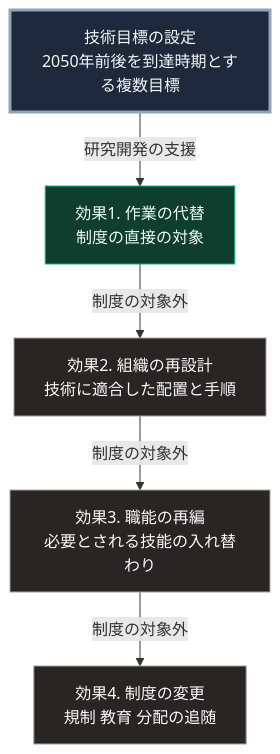
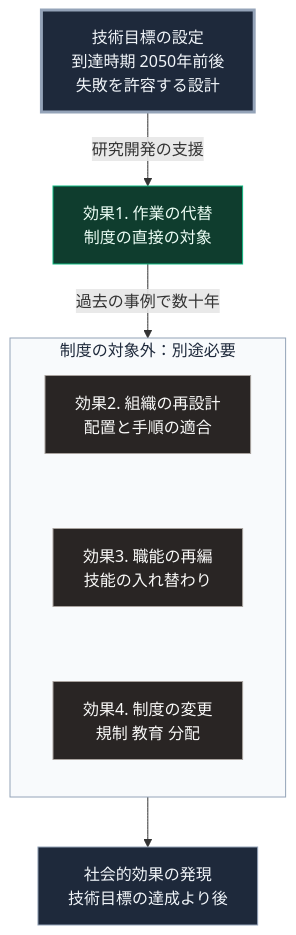
The diagram in books/sovereign-resilience-blueprint/34_moonshot-avatar-limits.md (Takenori-Kusaka/zenn-content), drawn with Mermaid before and after one commit. The commit also changed other lines of this file and 114 other files, not shown here.

````diff
--- a/books/sovereign-resilience-blueprint/34_moonshot-avatar-limits.md
+++ b/books/sovereign-resilience-blueprint/34_moonshot-avatar-limits.md
@@ -39,14 +39,20 @@
 ```mermaid
 flowchart TD
-    T[技術目標の設定<br>2050年前後を到達時期とする複数目標]
+    T[技術目標の設定<br>到達時期 2050年前後<br>失敗を許容する設計]
     T -->|研究開発の支援| E1[効果1. 作業の代替<br>制度の直接の対象]
-    E1 -->|制度の対象外| E2[効果2. 組織の再設計<br>技術に適合した配置と手順]
-    E2 -->|制度の対象外| E3[効果3. 職能の再編<br>必要とされる技能の入れ替わり]
-    E3 -->|制度の対象外| E4[効果4. 制度の変更<br>規制 教育 分配の追随]
+    subgraph G[制度の対象外：別途必要]
+        direction TB
+        E2[効果2. 組織の再設計<br>配置と手順の適合] ~~~ E3[効果3. 職能の再編<br>技能の入れ替わり]
+        E3 ~~~ E4[効果4. 制度の変更<br>規制 教育 分配]
+    end
+    E1 -->|過去の事例で数十年| G
+    G --> S[社会的効果の発現<br>技術目標の達成より後]
 
     style T fill:#1e293b,stroke:#94a3b8,stroke-width:3px,color:#f1f5f9
     style E1 fill:#0f3d2e,stroke:#10b981,color:#ecfdf5
     style E2 fill:#292524,stroke:#a8a29e,color:#fafaf9
     style E3 fill:#292524,stroke:#a8a29e,color:#fafaf9
     style E4 fill:#292524,stroke:#a8a29e,color:#fafaf9
+    style S fill:#1e293b,stroke:#94a3b8,color:#f1f5f9
+    style G fill:#f8fafc,stroke:#94a3b8,color:#1e293b
 ```
````
